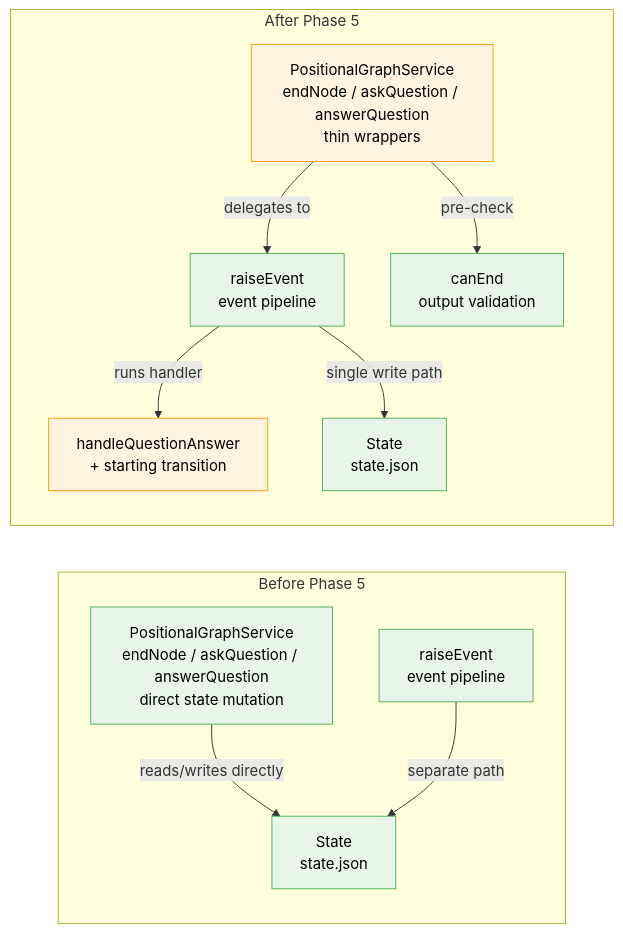
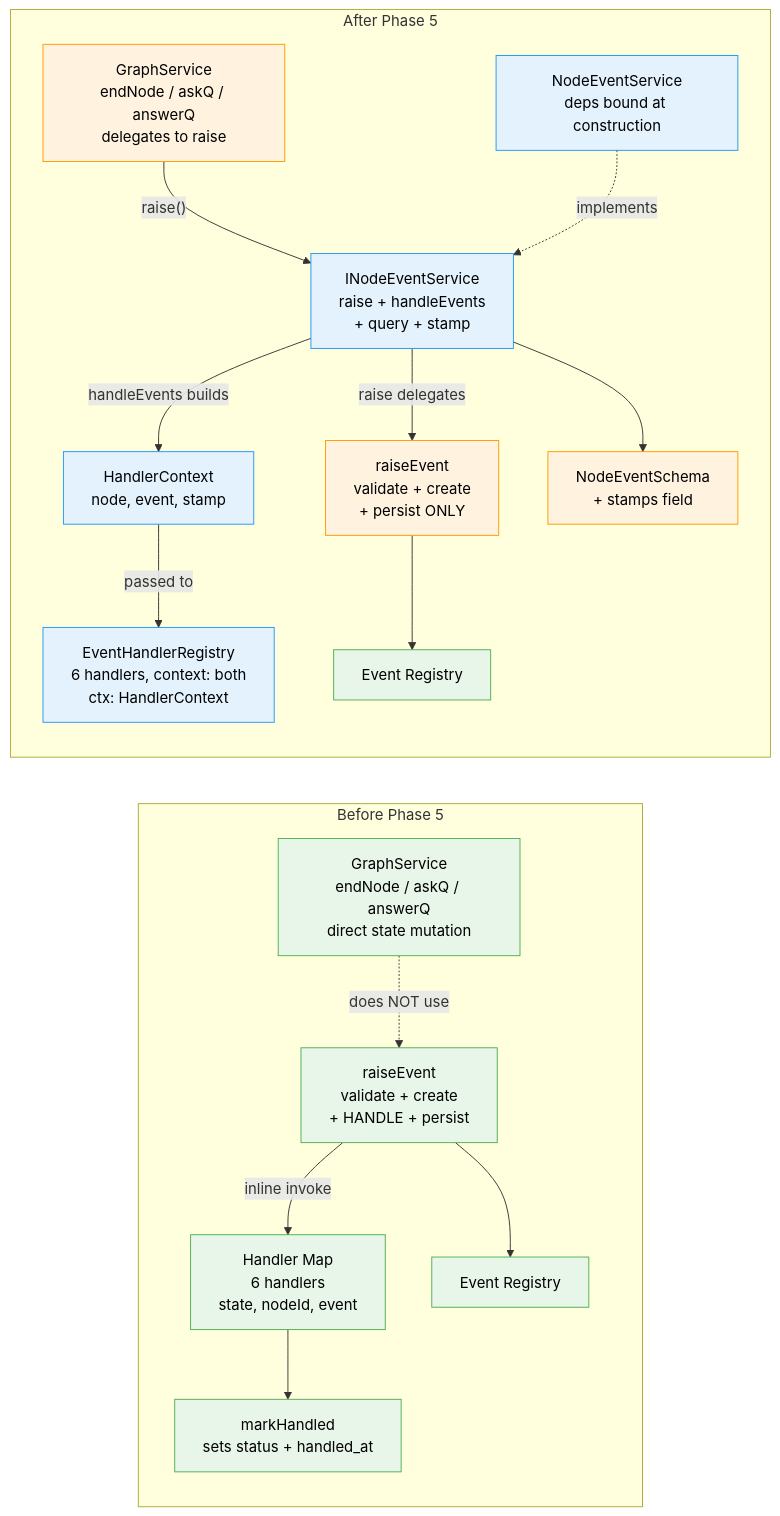
One commit to AI-Substrate/chainglass changed the second of 2 diagrams in docs/plans/032-node-event-system/tasks/phase-5-service-method-wrappers/tasks.fltplan.md. Above: the diagram before and after it, drawn with Mermaid. The commit also changed other lines of this file and 3 other files, not shown here.

````diff
--- a/docs/plans/032-node-event-system/tasks/phase-5-service-method-wrappers/tasks.fltplan.md
+++ b/docs/plans/032-node-event-system/tasks/phase-5-service-method-wrappers/tasks.fltplan.md
@@ -77,28 +84,38 @@
 ```mermaid
 flowchart LR
     classDef existing fill:#E8F5E9,stroke:#4CAF50,color:#000
     classDef changed fill:#FFF3E0,stroke:#FF9800,color:#000
     classDef new fill:#E3F2FD,stroke:#2196F3,color:#000
 
     subgraph Before["Before Phase 5"]
-        SVC1[PositionalGraphService<br/>endNode / askQuestion / answerQuestion<br/>direct state mutation]:::existing
-        ST1[State<br/>state.json]:::existing
-        RE1[raiseEvent<br/>event pipeline]:::existing
+        RE1[raiseEvent<br/>validate + create<br/>+ HANDLE + persist]:::existing
+        HM1[Handler Map<br/>6 handlers<br/>state, nodeId, event]:::existing
+        MH1[markHandled<br/>sets status + handled_at]:::existing
+        SVC1[GraphService<br/>endNode / askQ / answerQ<br/>direct state mutation]:::existing
+        REG1[Event Registry]:::existing
 
-        SVC1 -->|"reads/writes directly"| ST1
-        RE1 -->|"separate path"| ST1
+        SVC1 -.->|"does NOT use"| RE1
+        RE1 -->|"inline invoke"| HM1
+        HM1 --> MH1
+        RE1 --> REG1
     end
 
     subgraph After["After Phase 5"]
-        SVC2[PositionalGraphService<br/>endNode / askQuestion / answerQuestion<br/>thin wrappers]:::changed
-        ST2[State<br/>state.json]:::existing
-        RE2[raiseEvent<br/>event pipeline]:::existing
-        HQ2[handleQuestionAnswer<br/>+ starting transition]:::changed
-        CE2[canEnd<br/>output validation]:::existing
+        NES[INodeEventService<br/>raise + handleEvents<br/>+ query + stamp]:::new
+        IMPL[NodeEventService<br/>deps bound at construction]:::new
+        HC[HandlerContext<br/>node, event, stamp]:::new
+        HM2[EventHandlerRegistry<br/>6 handlers, context: both<br/>ctx: HandlerContext]:::new
+        RE2[raiseEvent<br/>validate + create<br/>+ persist ONLY]:::changed
+        SVC2[GraphService<br/>endNode / askQ / answerQ<br/>delegates to raise]:::changed
+        SCH2[NodeEventSchema<br/>+ stamps field]:::changed
+        REG2[Event Registry]:::existing
 
-        SVC2 -->|"delegates to"| RE2
-        SVC2 -->|"pre-check"| CE2
-        RE2 -->|"runs handler"| HQ2
-        RE2 -->|"single write path"| ST2
+        SVC2 -->|"raise()"| NES
+        NES -->|"raise delegates"| RE2
+        NES -->|"handleEvents builds"| HC
+        HC -->|"passed to"| HM2
+        NES --> SCH2
+        RE2 --> REG2
+        IMPL -.->|"implements"| NES
     end
 ```
````
